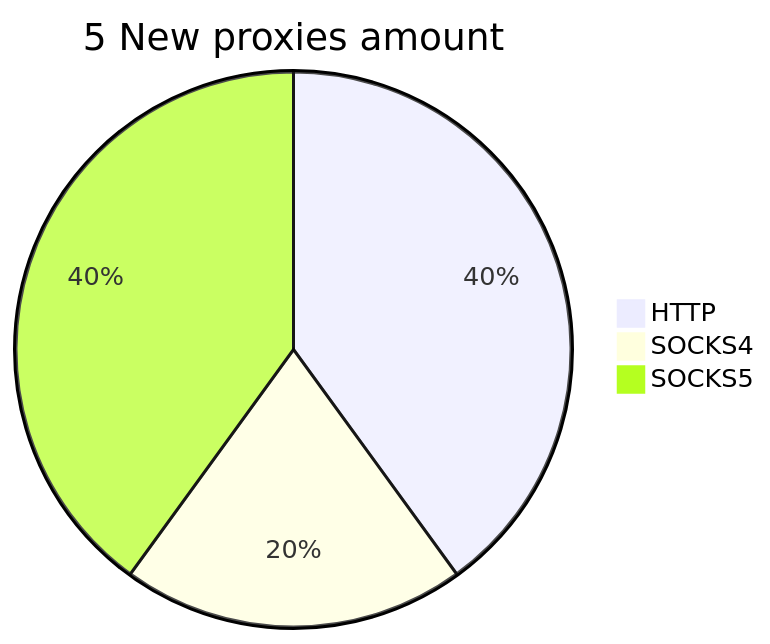
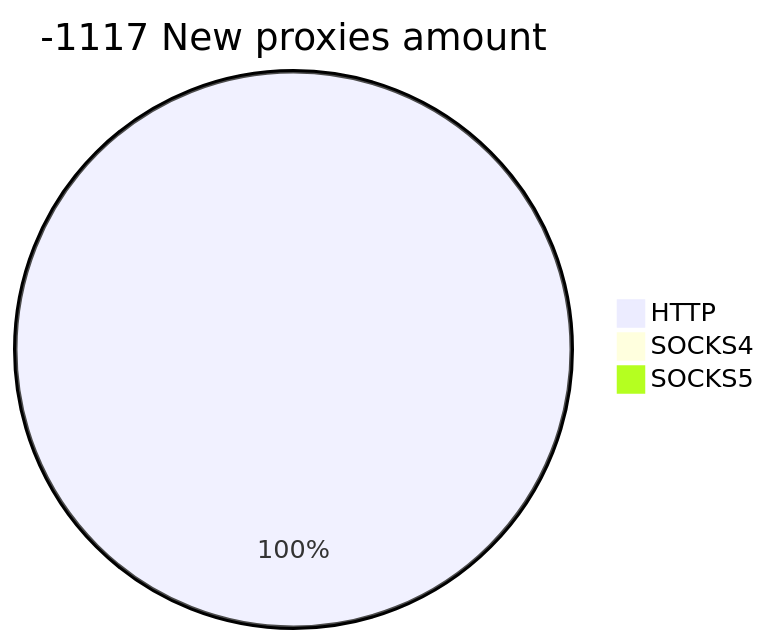
Before and after one commit to cutipu/proxylist: the second of 2 diagrams in README.md, drawn with Mermaid. The commit also changed other lines of this file, not shown here.

````diff
--- a/README.md
+++ b/README.md
@@ -10,6 +10,6 @@
 ```mermaid
-pie title 5 New proxies amount
-    "HTTP" : 2
-    "SOCKS4" : 1
-    "SOCKS5" : 2
+pie title -1117 New proxies amount
+    "HTTP" : 5
+    "SOCKS4" : 0
+    "SOCKS5" : 0
 ```
````
